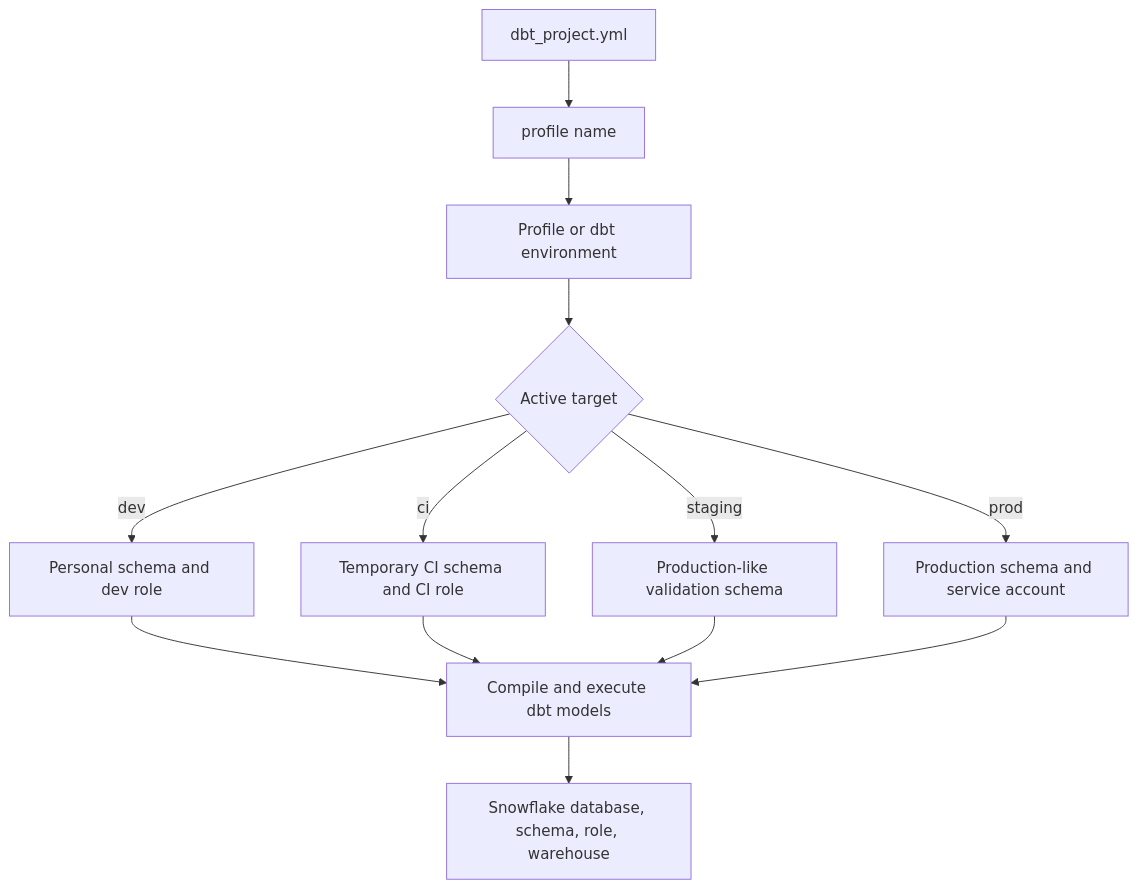
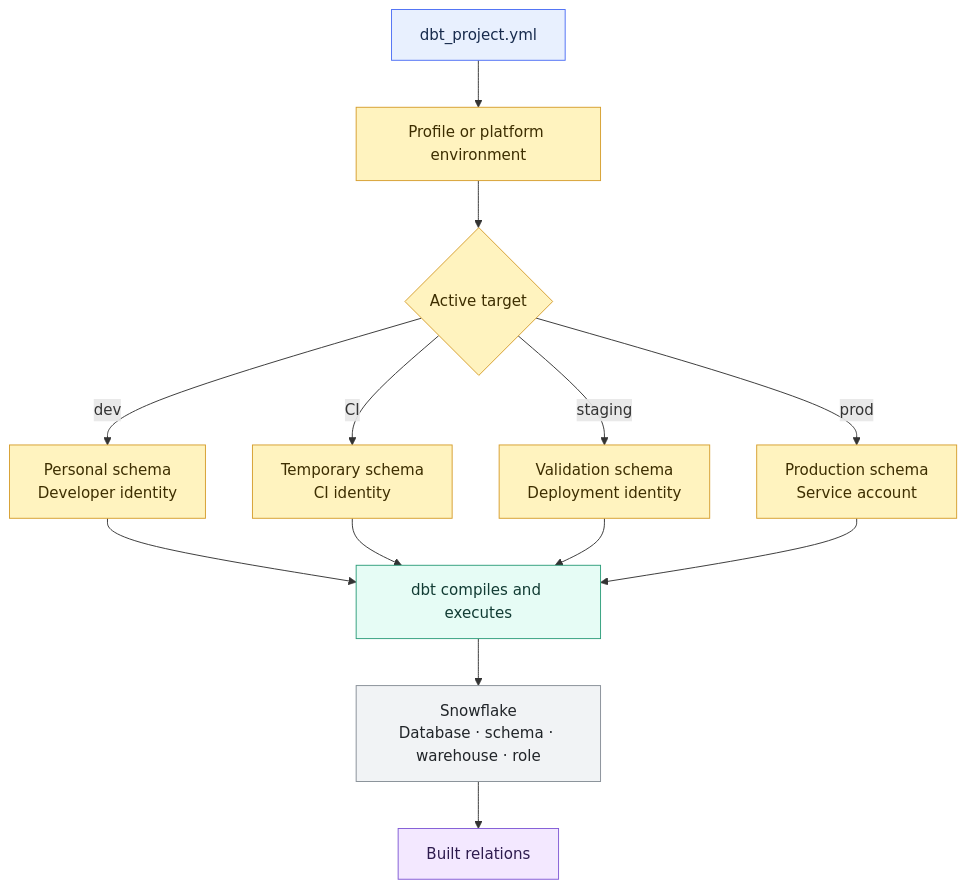
One commit to shonningsoy/Upskill changed the diagram in 02 dbt/01 Core Concepts and Project Structure/04 Environments Profiles Targets and Credentials.md. Above: the diagram before and after it, drawn with Mermaid. The commit also changed other lines of this file and 10 other files, not shown here.

````diff
--- a/02 dbt/01 Core Concepts and Project Structure/04 Environments Profiles Targets and Credentials.md
+++ b/02 dbt/01 Core Concepts and Project Structure/04 Environments Profiles Targets and Credentials.md
@@ -73,17 +74,29 @@
 ```mermaid
 flowchart TD
-    A[dbt_project.yml] --> B[profile name]
-    B --> C[Profile or dbt environment]
-    C --> D{Active target}
-    D -->|dev| E[Personal schema and dev role]
-    D -->|ci| F[Temporary CI schema and CI role]
-    D -->|staging| G[Production-like validation schema]
-    D -->|prod| H[Production schema and service account]
+    PROJECT[dbt_project.yml] --> PROFILE[Profile or platform environment]
+    PROFILE --> TARGET{Active target}
 
-    E --> I[Compile and execute dbt models]
-    F --> I
-    G --> I
-    H --> I
+    TARGET -->|dev| DEV[Personal schema<br/>Developer identity]
+    TARGET -->|CI| CI[Temporary schema<br/>CI identity]
+    TARGET -->|staging| STAGING[Validation schema<br/>Deployment identity]
+    TARGET -->|prod| PROD[Production schema<br/>Service account]
 
-    I --> J[Snowflake database, schema, role, warehouse]
+    DEV --> DBT[dbt compiles and executes]
+    CI --> DBT
+    STAGING --> DBT
+    PROD --> DBT
+    DBT --> SNOWFLAKE[Snowflake<br/>Database · schema · warehouse · role]
+    SNOWFLAKE --> RELATIONS[Built relations]
+
+    classDef input fill:#E8F0FE,stroke:#4C6EF5,color:#172B4D
+    classDef control fill:#FFF3BF,stroke:#D69E2E,color:#3D2E00
+    classDef dbt fill:#E6FCF5,stroke:#2F9E7B,color:#123C34
+    classDef platform fill:#F1F3F5,stroke:#868E96,color:#212529
+    classDef output fill:#F3E8FF,stroke:#805AD5,color:#2D1B4E
+
+    class PROJECT input
+    class PROFILE,TARGET,DEV,CI,STAGING,PROD control
+    class DBT dbt
+    class SNOWFLAKE platform
+    class RELATIONS output
 ```
````
